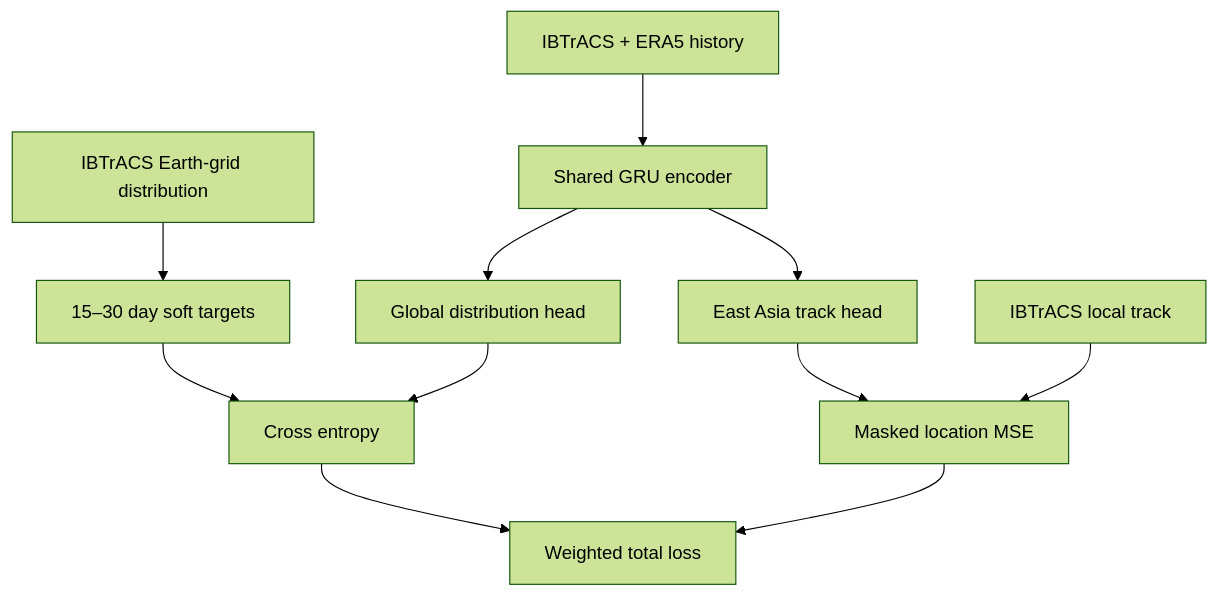
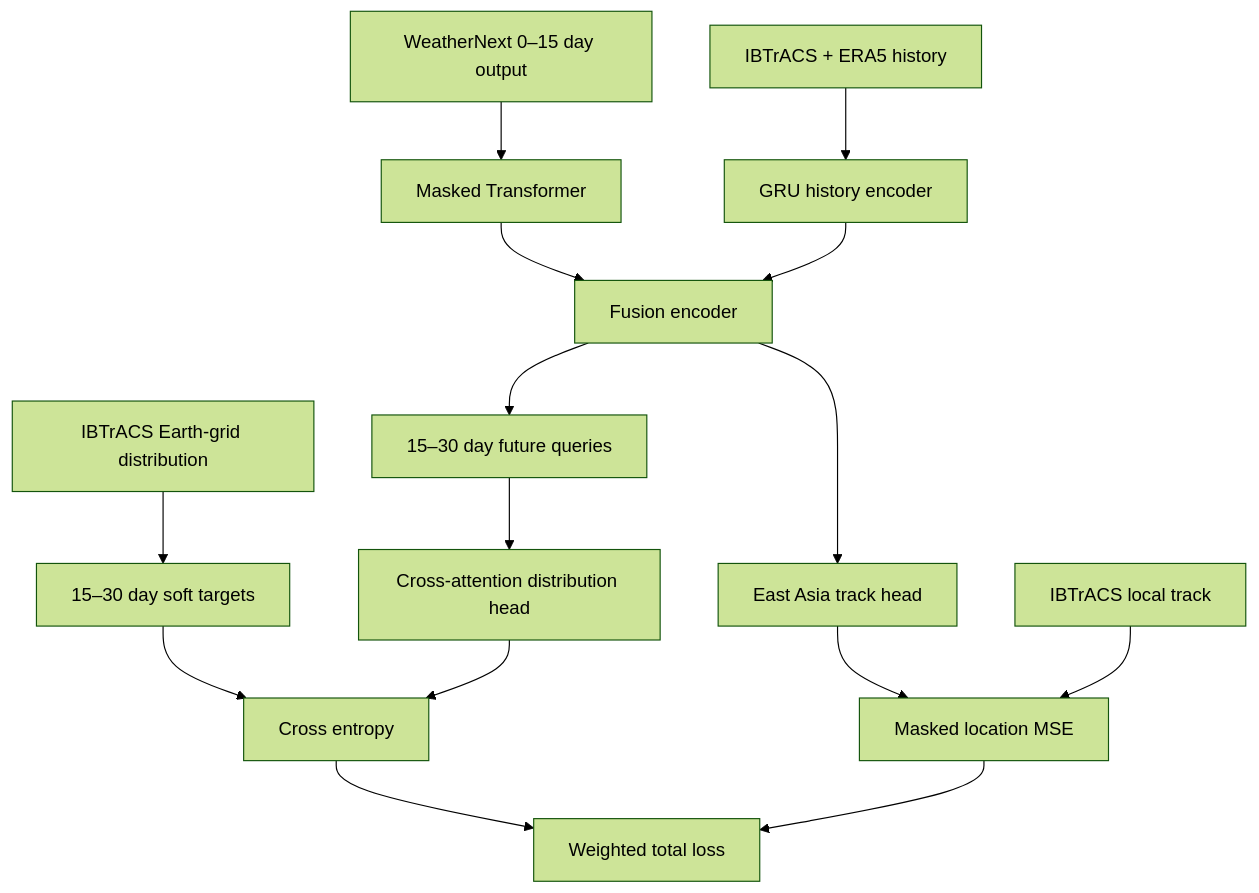
Before and after one commit to nayehyeon61-glitch/typnonn_preesure_data_loader: the diagram in README.md, drawn with Mermaid (forest theme). The commit also changed other lines of this file and 11 other files, not shown here.

Commit message:
Connect WeatherNext outputs to masked future Transformer

````diff
--- a/README.md
+++ b/README.md
@@ -332,13 +332,17 @@
 ```mermaid
 flowchart TD
-    A["IBTrACS + ERA5 history"] --> C["Shared GRU encoder"]
+    A["IBTrACS + ERA5 history"] --> C["GRU history encoder"]
+    W["WeatherNext 0–15 day output"] --> T["Masked Transformer"]
+    T --> X["Fusion encoder"]
+    C --> X
     B["IBTrACS Earth-grid distribution"] --> D["15–30 day soft targets"]
-    C --> E["Global distribution head"]
-    C --> F["East Asia track head"]
+    X --> Q["15–30 day future queries"]
+    Q --> E["Cross-attention distribution head"]
+    X --> F["East Asia track head"]
     D --> G["Cross entropy"]
     E --> G
     F --> H["Masked location MSE"]
     I["IBTrACS local track"] --> H
     G --> J["Weighted total loss"]
     H --> J
 ```
````
